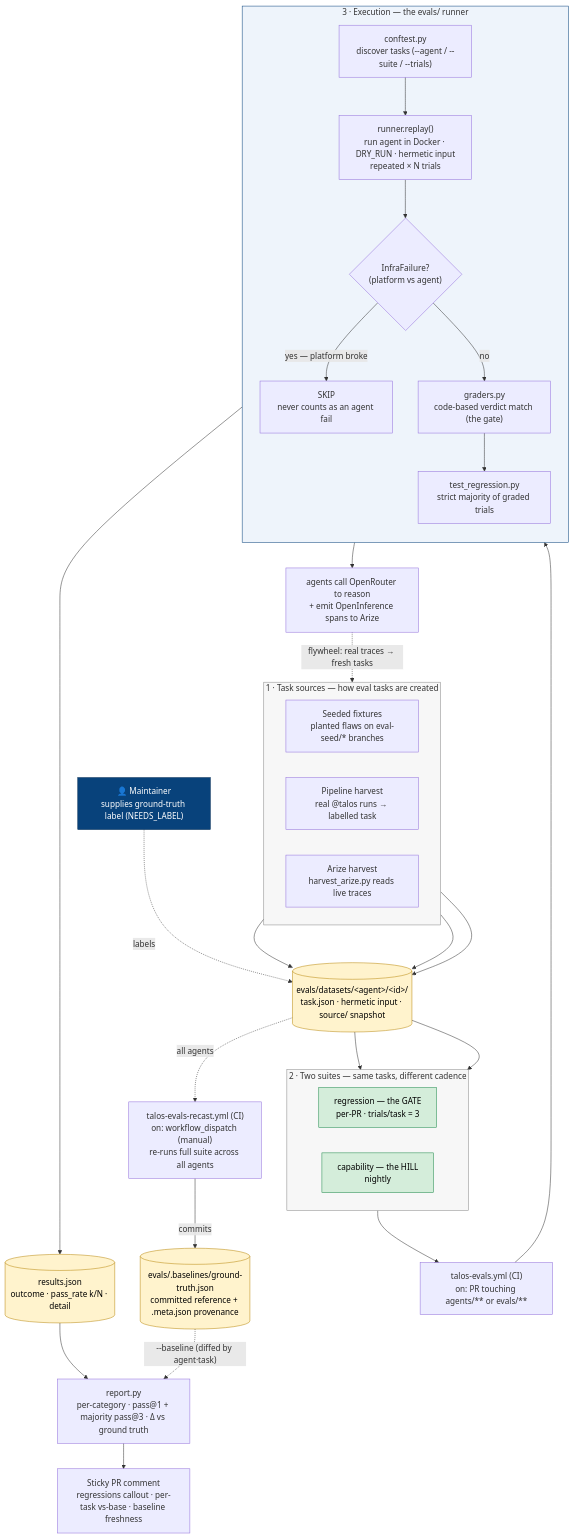
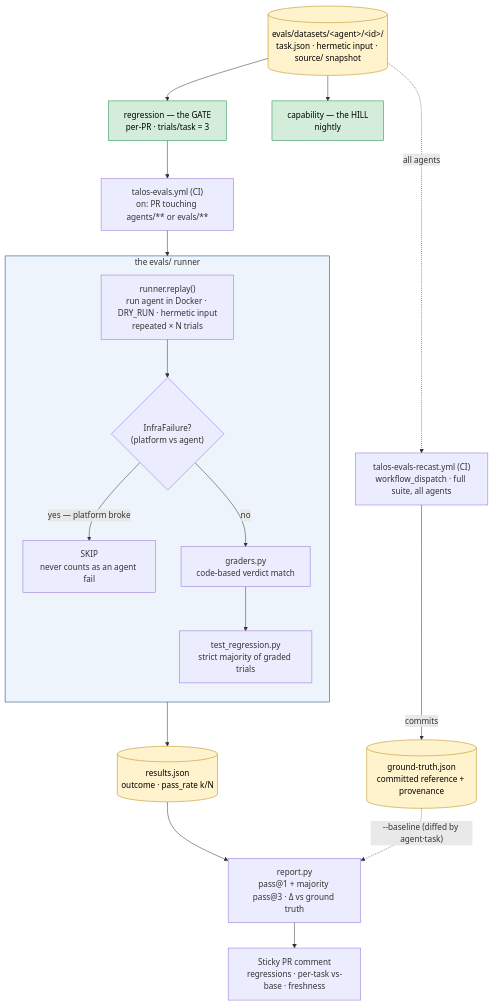
Before and after one commit to darkin100/talos: the second of 2 diagrams in docs/EVAL_ARCHITECTURE.md, drawn with Mermaid. The commit also changed other lines of this file and 1 other file, not shown here.

First paragraph of the commit message:
Evals/per agent eval matrix (#103)
* ci(evals): split the eval gate into one parallel matrix leg per agent

````diff
--- a/docs/EVAL_ARCHITECTURE.md
+++ b/docs/EVAL_ARCHITECTURE.md
@@ -8,76 +33,43 @@
 ```mermaid
 flowchart TB
-  %% ---- where tasks come from ----
-  subgraph SRC["1 · Task sources — how eval tasks are created"]
-    direction LR
-    seeded["Seeded fixtures<br/>planted flaws on eval-seed/* branches"]
-    pipe["Pipeline harvest<br/>real @talos runs → labelled task"]
-    arize["Arize harvest<br/>harvest_arize.py reads live traces"]
-  end
-
   datasets[("evals/datasets/&lt;agent&gt;/&lt;id&gt;/<br/>task.json · hermetic input · source/ snapshot")]
-  maintainer["👤 Maintainer<br/>supplies ground-truth label (NEEDS_LABEL)"]
-
-  seeded --> datasets
-  pipe --> datasets
-  arize --> datasets
-  maintainer -.->|labels| datasets
 
   %% ---- the two suites ----
-  subgraph SUITES["2 · Two suites — same tasks, different cadence"]
-    direction LR
-    regression["regression — the GATE<br/>per-PR · trials/task = 3"]
-    capability["capability — the HILL<br/>nightly"]
-  end
+  regression["regression — the GATE<br/>per-PR · trials/task = 3"]
+  capability["capability — the HILL<br/>nightly"]
   datasets --> regression
   datasets --> capability
 
   %% ---- execution ----
-  trigger["talos-evals.yml (CI)<br/>on: PR touching agents/** or evals/**"]
-  regression --> trigger
+  regression --> trigger["talos-evals.yml (CI)<br/>on: PR touching agents/** or evals/**"]
 
-  subgraph RUN["3 · Execution — the evals/ runner"]
+  subgraph RUN["the evals/ runner"]
     direction TB
-    discover["conftest.py<br/>discover tasks (--agent / --suite / --trials)"]
     replay["runner.replay()<br/>run agent in Docker · DRY_RUN · hermetic input<br/>repeated × N trials"]
     infra{"InfraFailure?<br/>(platform vs agent)"}
     skip["SKIP<br/>never counts as an agent fail"]
-    grade["graders.py<br/>code-based verdict match (the gate)"]
+    grade["graders.py<br/>code-based verdict match"]
     majority["test_regression.py<br/>strict majority of graded trials"]
-    discover --> replay --> infra
+    replay --> infra
     infra -->|"yes — platform broke"| skip
     infra -->|no| grade --> majority
   end
-  trigger --> discover
+  trigger --> replay
+
+  %% ---- baseline (separate manual job) ----
+  recast["talos-evals-recast.yml (CI)<br/>workflow_dispatch · full suite, all agents"]
+  groundtruth[("ground-truth.json<br/>committed reference + provenance")]
+  datasets -.->|"all agents"| recast -->|"commits"| groundtruth
 
   %% ---- results + reporting ----
-  results[("results.json<br/>outcome · pass_rate k/N · detail")]
-  majority --> results
-
-  %% the baseline is NOT recomputed per-PR — it's a committed snapshot,
-  %% re-cast deliberately by a separate manual workflow.
-  recast["talos-evals-recast.yml (CI)<br/>on: workflow_dispatch (manual)<br/>re-runs full suite across all agents"]
-  groundtruth[("evals/.baselines/ground-truth.json<br/>committed reference + .meta.json provenance")]
-  datasets -.->|"all agents"| recast
-  recast -->|"commits"| groundtruth
-
-  report["report.py<br/>per-category · pass@1 + majority pass@3 · Δ vs ground truth"]
-  comment["Sticky PR comment<br/>regressions callout · per-task vs-base · baseline freshness"]
-  results --> report --> comment
+  majority --> results[("results.json<br/>outcome · pass_rate k/N")]
+  results --> report["report.py<br/>pass@1 + majority pass@3 · Δ vs ground truth"]
   groundtruth -.->|"--baseline (diffed by agent·task)"| report
-
-  %% ---- the flywheel ----
-  agentcall["agents call OpenRouter to reason<br/>+ emit OpenInference spans to Arize"]
-  replay --> agentcall
-  agentcall -.->|"flywheel: real traces → fresh tasks"| arize
+  report --> comment["Sticky PR comment<br/>regressions · per-task vs-base · freshness"]
 
   classDef store fill:#fff3cd,stroke:#b8860b,color:#000;
-  classDef person fill:#08427b,color:#fff,stroke:#052e56;
   classDef gate fill:#d4edda,stroke:#1f8a4c,color:#000;
   class datasets,results,groundtruth store;
-  class maintainer person;
   class regression,capability gate;
   style RUN fill:#eef4fb,stroke:#08427b;
-  style SRC fill:#f7f7f7,stroke:#888;
-  style SUITES fill:#f7f7f7,stroke:#888;
 ```
````
